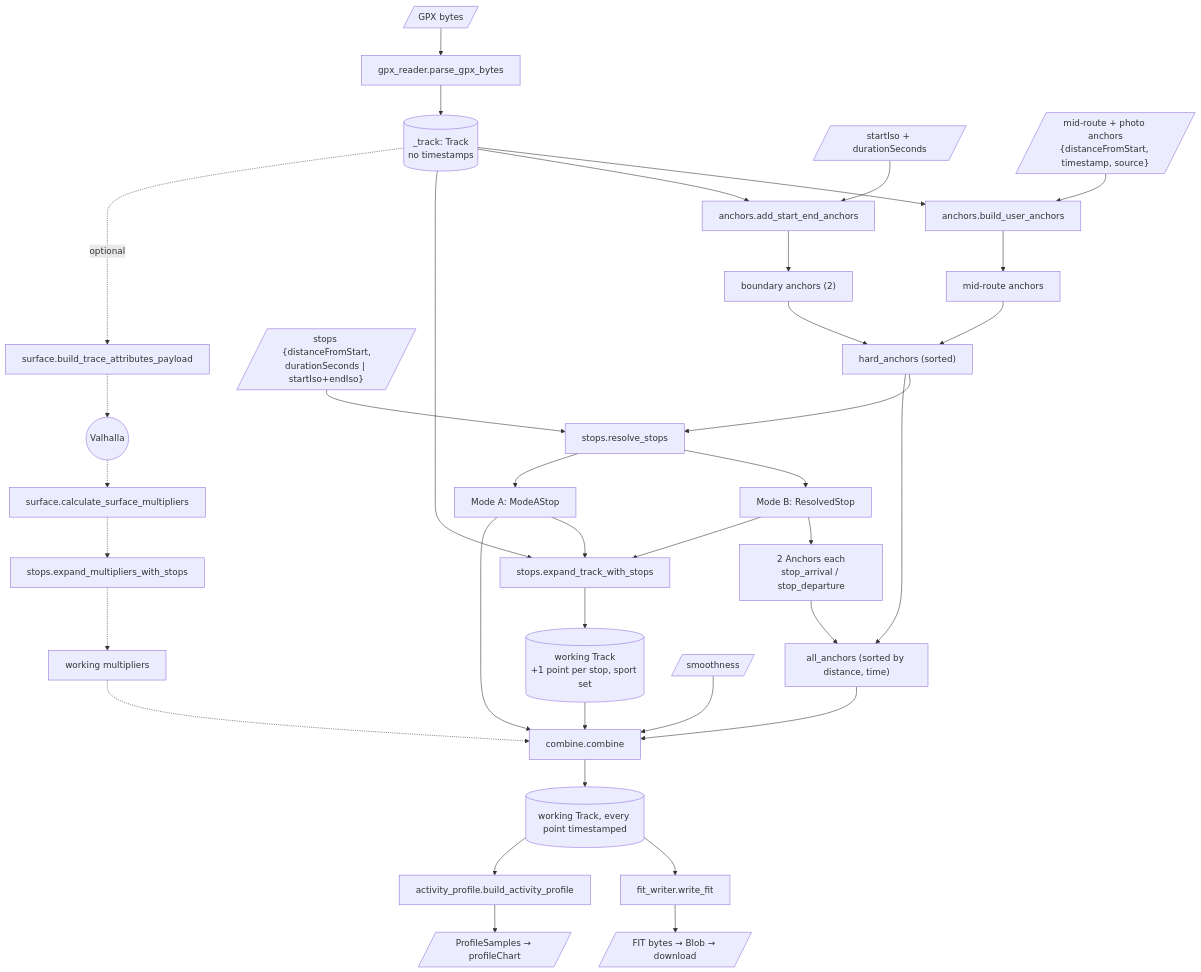
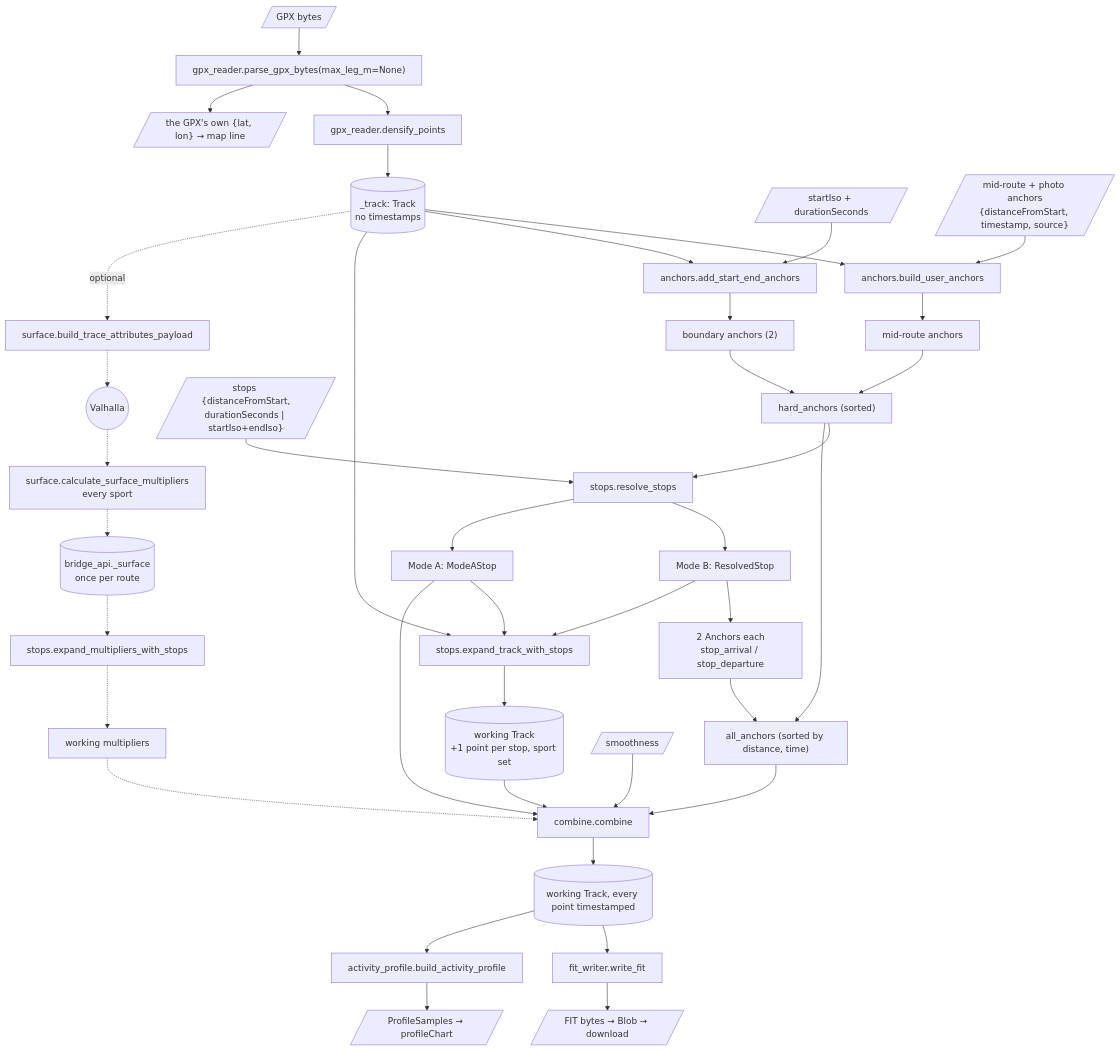
Diagram 11 of 11 in docs/CORE_ARCHITECTURE.md (martin-iflap/GPX_to_FIT), drawn with Mermaid before and after one commit. The commit also changed other lines of this file and 13 other files, not shown here.

Commit message:
1/2 of backend architecture, bug and performance checks and fixes.

````diff
--- a/docs/CORE_ARCHITECTURE.md
+++ b/docs/CORE_ARCHITECTURE.md
@@ -585,33 +595,34 @@
 ```mermaid
 flowchart TD
-  GPX[/"GPX bytes"/] --> parse["gpx_reader.parse_gpx_bytes"] --> T[("_track: Track<br/>no timestamps")]
+  GPX[/"GPX bytes"/] --> parse["gpx_reader.parse_gpx_bytes(max_leg_m=None)"] --> dens["gpx_reader.densify_points"] --> T[("_track: Track<br/>no timestamps")]
+  parse --> MAP[/"the GPX's own {lat, lon} → map line"/]
 
   start[/"startIso + durationSeconds"/] --> ase["anchors.add_start_end_anchors"] --> boundary["boundary anchors (2)"]
   ua[/"mid-route + photo anchors<br/>{distanceFromStart, timestamp, source}"/] --> bua["anchors.build_user_anchors"] --> mid["mid-route anchors"]
   boundary --> hard["hard_anchors (sorted)"]
   mid --> hard
   T --> bua
   T --> ase
 
   st[/"stops {distanceFromStart,<br/>durationSeconds | startIso+endIso}"/] --> rs["stops.resolve_stops"]
   hard --> rs
   rs --> mb["Mode B: ResolvedStop"] --> sa["2 Anchors each<br/>stop_arrival / stop_departure"]
   rs --> ma["Mode A: ModeAStop"]
   hard --> all["all_anchors (sorted by distance, time)"]
   sa --> all
 
   T --> ets["stops.expand_track_with_stops"] --> WT[("working Track<br/>+1 point per stop, sport set")]
   mb --> ets
   ma --> ets
 
-  T -. optional .-> sp["surface.build_trace_attributes_payload"] -.-> VH(("Valhalla")) -.-> csm["surface.calculate_surface_multipliers"] -.-> em["stops.expand_multipliers_with_stops"] -.-> WM["working multipliers"]
+  T -. optional .-> sp["surface.build_trace_attributes_payload"] -.-> VH(("Valhalla")) -.-> csm["surface.calculate_surface_multipliers<br/>every sport"] -.-> SR[("bridge_api._surface<br/>once per route")] -.-> em["stops.expand_multipliers_with_stops"] -.-> WM["working multipliers"]
 
   WT --> comb["combine.combine"]
   all --> comb
   ma --> comb
   WM -.-> comb
   sm[/"smoothness"/] --> comb
   comb --> PT[("working Track, every point timestamped")]
   PT --> fw["fit_writer.write_fit"] --> FIT[/"FIT bytes → Blob → download"/]
   PT --> bap["activity_profile.build_activity_profile"] --> PS[/"ProfileSamples → profileChart"/]
 ```
````
